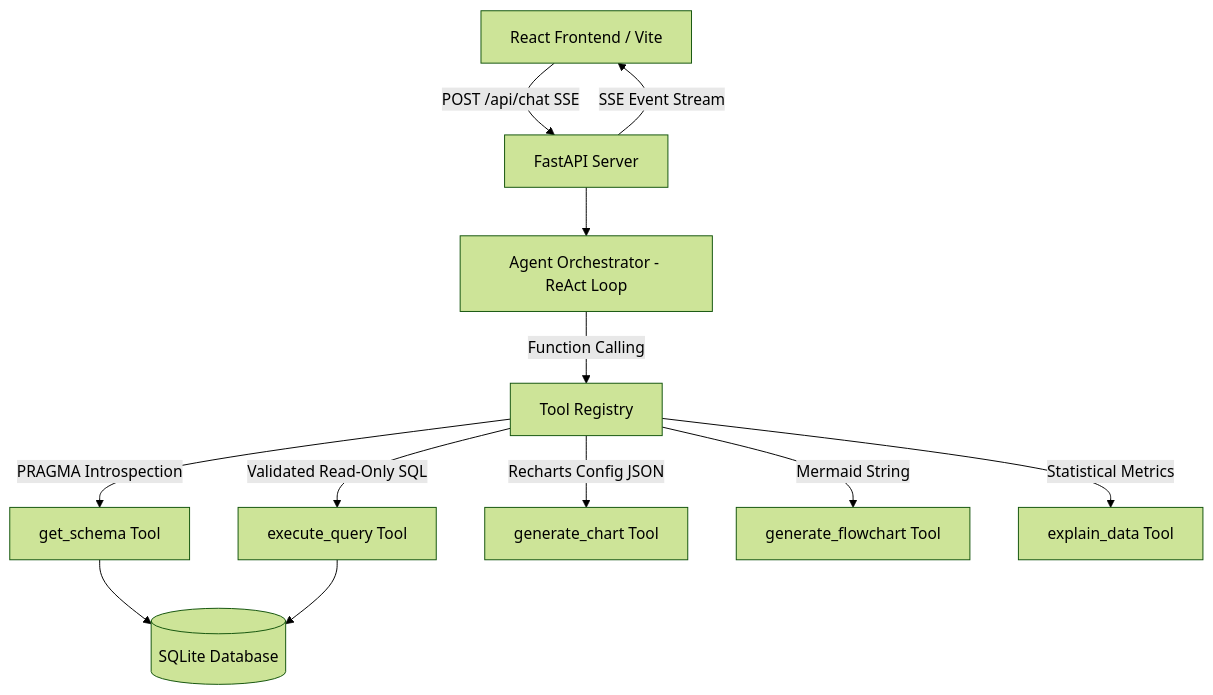
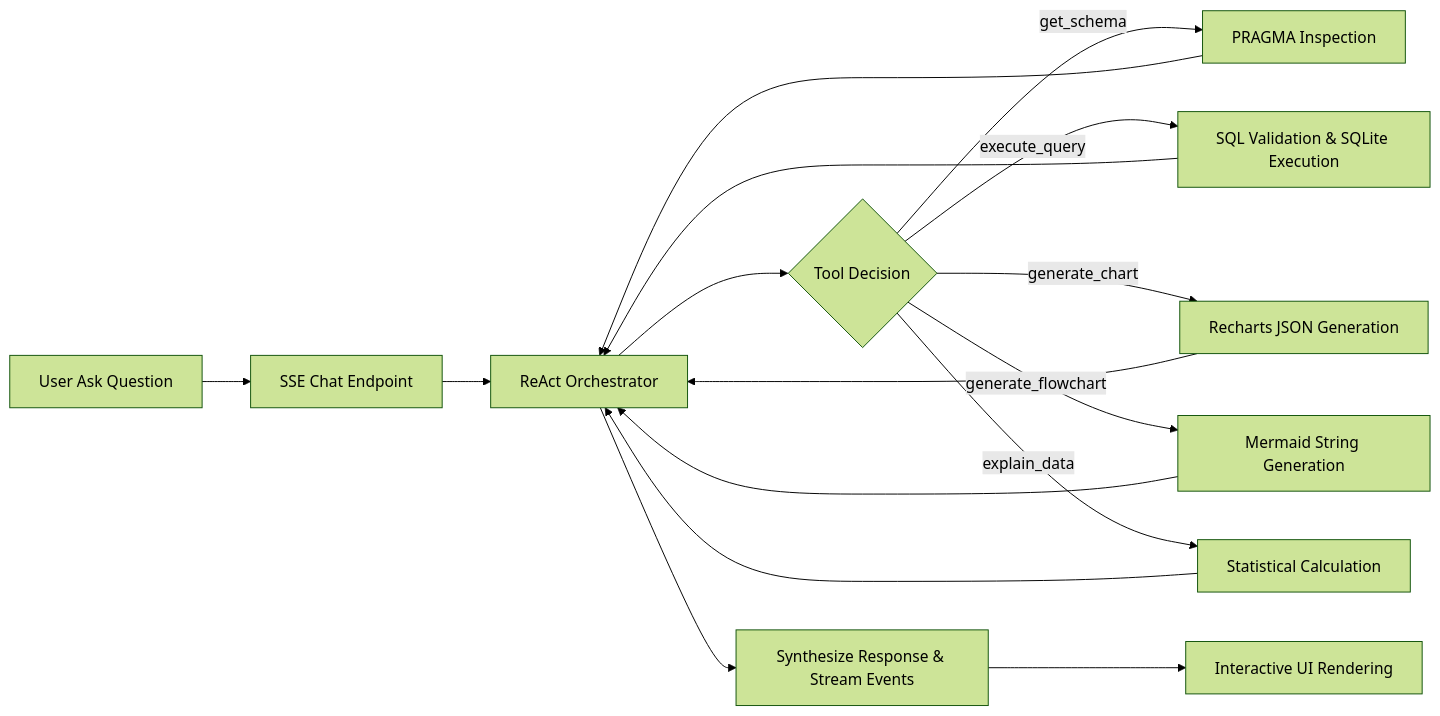
One commit to CSNEHA20/SAIRAM-HACKATHON-2026 changed the first of 4 diagrams in README.md. Above: the diagram before and after it, drawn with Mermaid (forest theme). The commit also changed other lines of this file, not shown here.

````diff
--- a/README.md
+++ b/README.md
@@ -32,15 +92,14 @@
 ```mermaid
-flowchart TD
-    UI[React Frontend / Vite] -->|POST /api/chat SSE| API[FastAPI Server]
-    API --> ORCH[Agent Orchestrator - ReAct Loop]
-    ORCH -->|Function Calling| REG[Tool Registry]
-    
-    REG -->|PRAGMA Introspection| TOOL1[get_schema Tool]
-    REG -->|Validated Read-Only SQL| TOOL2[execute_query Tool]
-    REG -->|Recharts Config JSON| TOOL3[generate_chart Tool]
-    REG -->|Mermaid String| TOOL4[generate_flowchart Tool]
-    REG -->|Statistical Metrics| TOOL5[explain_data Tool]
-    
-    TOOL1 & TOOL2 --> DB[(SQLite Database)]
-    API -->|SSE Event Stream| UI
+flowchart LR
+    A[User Ask Question] --> B[SSE Chat Endpoint]
+    B --> C[ReAct Orchestrator]
+    C --> D{Tool Decision}
+    D -->|get_schema| E[PRAGMA Inspection]
+    D -->|execute_query| F[SQL Validation & SQLite Execution]
+    D -->|generate_chart| G[Recharts JSON Generation]
+    D -->|generate_flowchart| H[Mermaid String Generation]
+    D -->|explain_data| I[Statistical Calculation]
+    E & F & G & H & I --> C
+    C --> J[Synthesize Response & Stream Events]
+    J --> K[Interactive UI Rendering]
 ```
````
